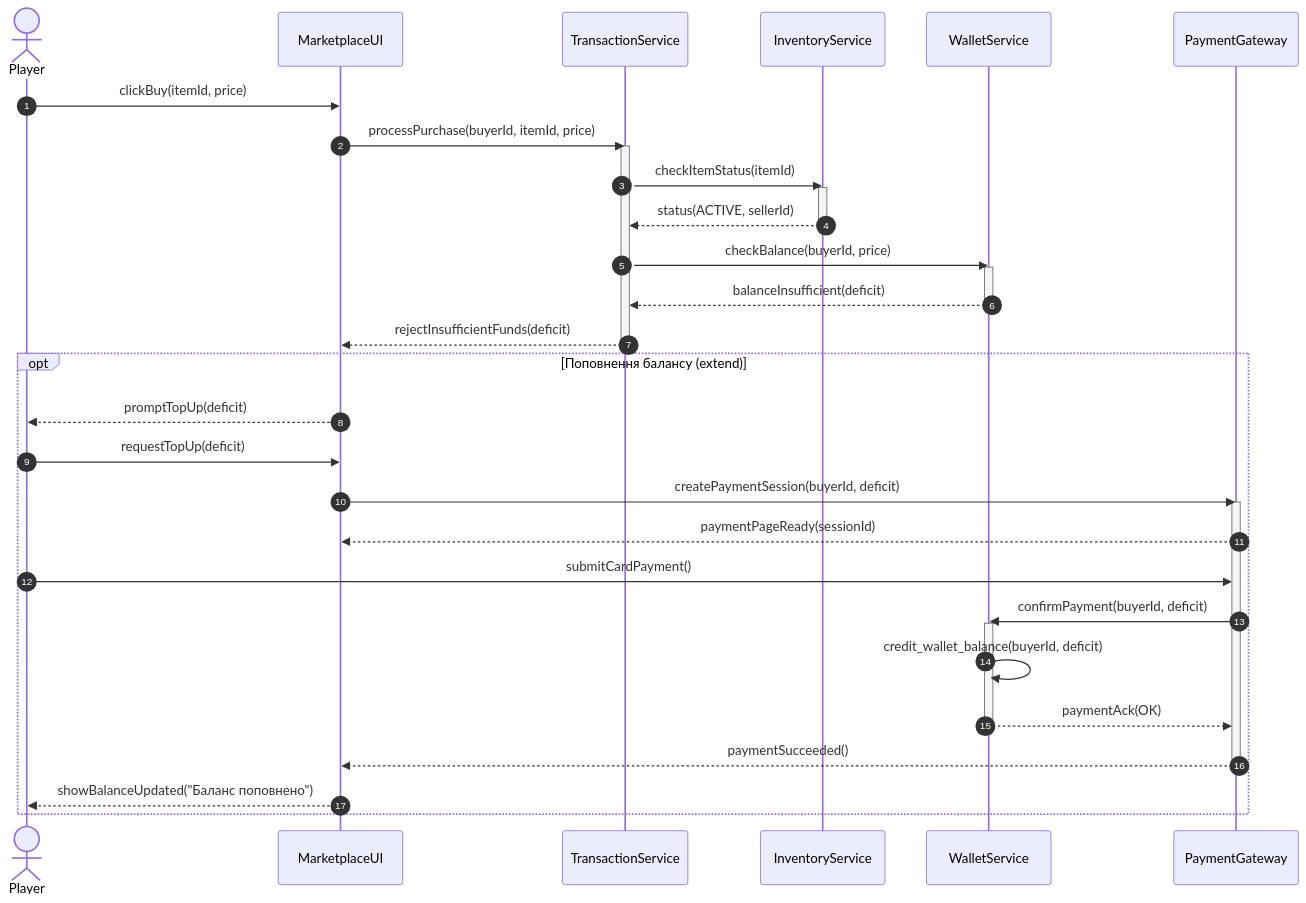
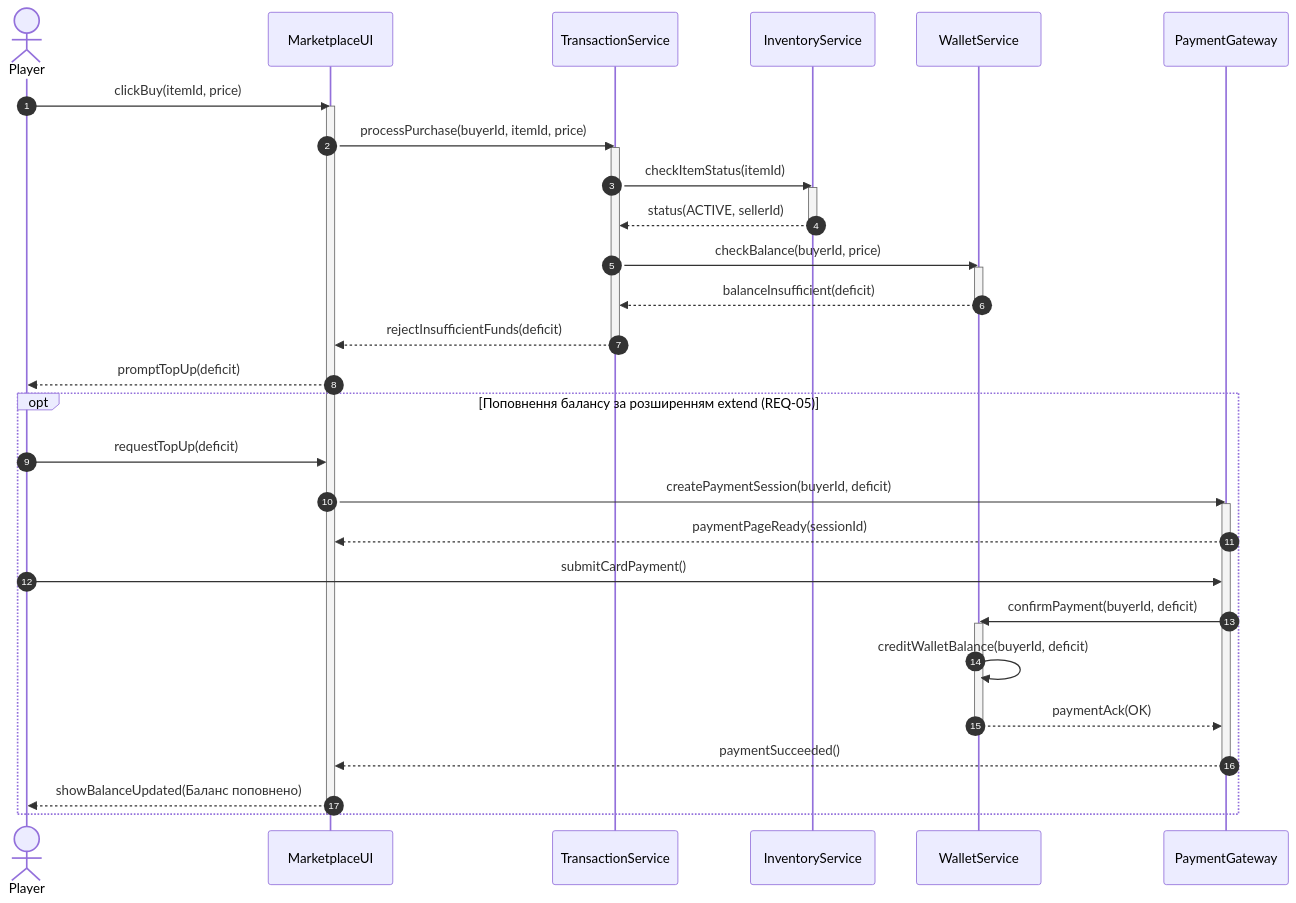
One commit to Rostislav77-hub/KPI-Architecture-Labs changed the second of 3 diagrams in lab3/diagrams.md. Above: the diagram before and after it, drawn with Mermaid. The commit also changed other lines of this file and 1 other file, not shown here.

Commit message:
fix(lab3): fix Mermaid rendering in sequence.mmd and replace redundant break with alt

````diff
--- a/lab3/diagrams.md
+++ b/lab3/diagrams.md
@@ -52,44 +56,47 @@
 ```mermaid
 sequenceDiagram
     autonumber
     actor Player
     participant UI as MarketplaceUI
     participant TS as TransactionService
     participant IS as InventoryService
     participant WS as WalletService
     participant PG as PaymentGateway
 
     Player->>UI: clickBuy(itemId, price)
+    activate UI
     UI->>TS: processPurchase(buyerId, itemId, price)
     activate TS
 
     TS->>IS: checkItemStatus(itemId)
     activate IS
     IS-->>TS: status(ACTIVE, sellerId)
     deactivate IS
 
     TS->>WS: checkBalance(buyerId, price)
     activate WS
     WS-->>TS: balanceInsufficient(deficit)
     deactivate WS
 
     TS-->>UI: rejectInsufficientFunds(deficit)
     deactivate TS
+    UI-->>Player: promptTopUp(deficit)
 
-    opt Поповнення балансу (extend)
-        UI-->>Player: promptTopUp(deficit)
+    opt Поповнення балансу за розширенням extend (REQ-05)
         Player->>UI: requestTopUp(deficit)
         UI->>PG: createPaymentSession(buyerId, deficit)
         activate PG
         PG-->>UI: paymentPageReady(sessionId)
         Player->>PG: submitCardPayment()
         PG->>WS: confirmPayment(buyerId, deficit)
         activate WS
-        WS->>WS: credit_wallet_balance(buyerId, deficit)
+        WS->>WS: creditWalletBalance(buyerId, deficit)
         WS-->>PG: paymentAck(OK)
         deactivate WS
         PG-->>UI: paymentSucceeded()
         deactivate PG
-        UI-->>Player: showBalanceUpdated("Баланс поповнено")
+        UI-->>Player: showBalanceUpdated(Баланс поповнено)
     end
+
+    deactivate UI
 ```
````
